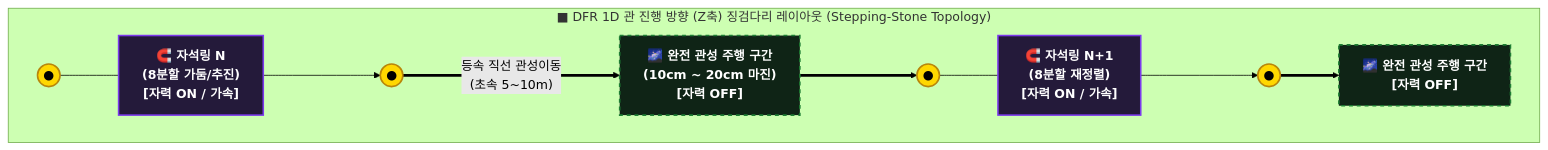
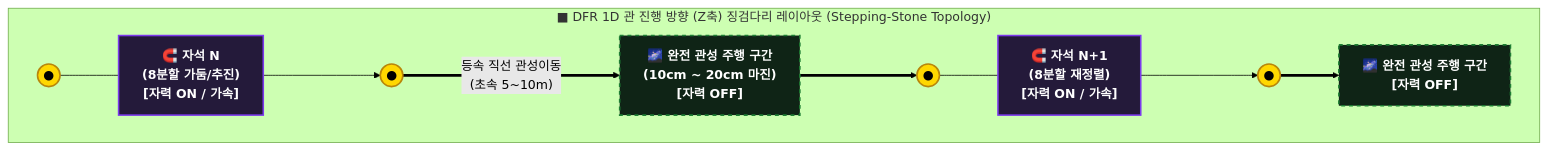
The first of 2 diagrams in docs/Normal_Operation_Specs.md (PJHkorea/discrete-filament-router-KR), drawn with Mermaid (forest theme) before and after one commit. The commit also changed other lines of this file, not shown here.

````diff
--- a/docs/Normal_Operation_Specs.md
+++ b/docs/Normal_Operation_Specs.md
@@ -74,25 +74,25 @@
 ```mermaid
 graph LR
     %% 스타일 가이드 정의
     classDef magnet fill:#241A3A,stroke:#7C3AED,stroke-width:2px,color:#fff,font-weight:bold;
     classDef vacuum fill:#0F2416,stroke:#1E7E34,stroke-width:2px,color:#fff,font-weight:bold,stroke-dasharray: 5 5;
     classDef packet fill:#FFD700,stroke:#B8860B,stroke-width:2px,color:#000,font-weight:bold;
 
     %% 메인 징검다리 노드 구조
     subgraph DFR_Z_AXIS ["■ DFR 1D 관 진행 방향 (Z축) 징검다리 레이아웃 (Stepping-Stone Topology)"]
         direction LR
         
-        M_N["🧲 자석링 N<br>(8분할 가둠/추진)<br>[자력 ON / 가속]"]
+        M_N["🧲 자석 N<br>(8분할 가둠/추진)<br>[자력 ON / 가속]"]
         V_N["🌌 완전 관성 주행 구간<br>(10cm ~ 20cm 마진)<br>[자력 OFF]"]
-        M_N1["🧲 자석링 N+1<br>(8분할 재정렬)<br>[자력 ON / 가속]"]
+        M_N1["🧲 자석 N+1<br>(8분할 재정렬)<br>[자력 ON / 가속]"]
         V_N1["🌌 완전 관성 주행 구간<br>[자력 OFF]"]
         
         %% 패킷 이동 시각화
         P1(("●")) --- M_N ---> P2(("●")) ===> |"등속 직선 관성이동<br>(초속 5~10m)"| V_N ===> P3(("●")) --- M_N1 ---> P4(("●")) ==> V_N1
     end
 
     %% 노드 스타일 지정
     class M_N,M_N1 magnet;
     class V_N,V_N1 vacuum;
     class P1,P2,P3,P4 packet;
 ```
````
